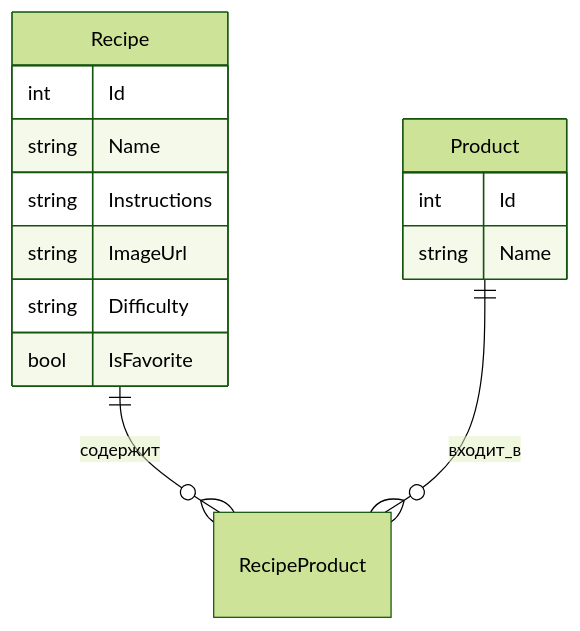
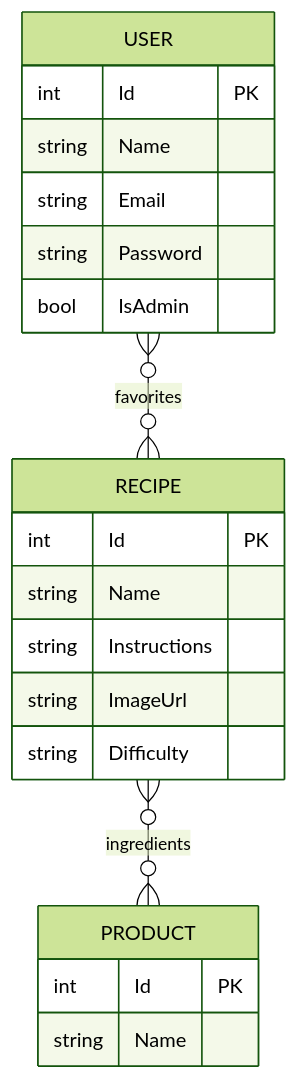
Before and after one commit to Hopih/RecipeFinder: the fourth of 4 diagrams in README.md, drawn with Mermaid (forest theme). The commit also changed other lines of this file, not shown here.

````diff
--- a/README.md
+++ b/README.md
@@ -70,19 +109,26 @@
 ```mermaid
 erDiagram
-  Recipe ||--o{ RecipeProduct : содержит
-  Product ||--o{ RecipeProduct : входит_в
+    USER }o--o{ RECIPE : favorites
+    RECIPE }o--o{ PRODUCT : ingredients
 
-  Recipe {
-    int Id
-    string Name
-    string Instructions
-    string ImageUrl
-    string Difficulty
-    bool IsFavorite
-  }
+    USER {
+        int Id PK
+        string Name
+        string Email
+        string Password
+        bool IsAdmin
+    }
 
-  Product {
-    int Id
-    string Name
-  }
+    RECIPE {
+        int Id PK
+        string Name
+        string Instructions
+        string ImageUrl
+        string Difficulty
+    }
+
+    PRODUCT {
+        int Id PK
+        string Name
+    }
 ```
````
